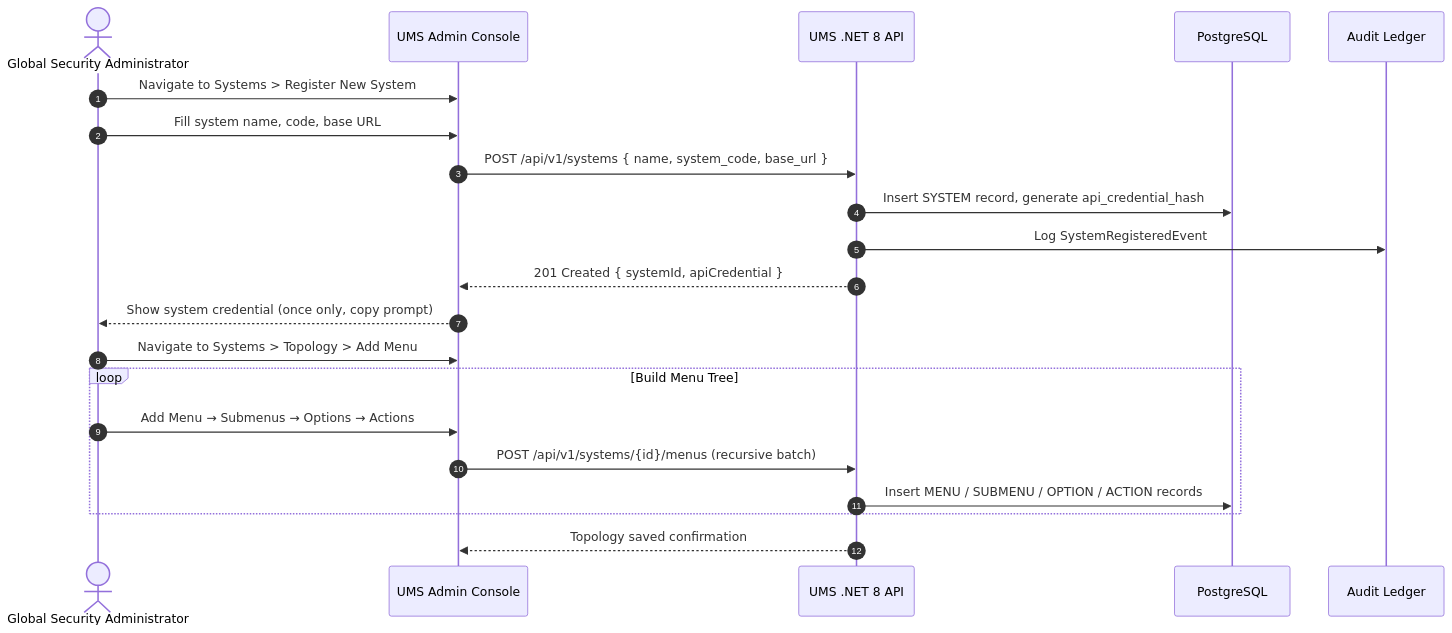
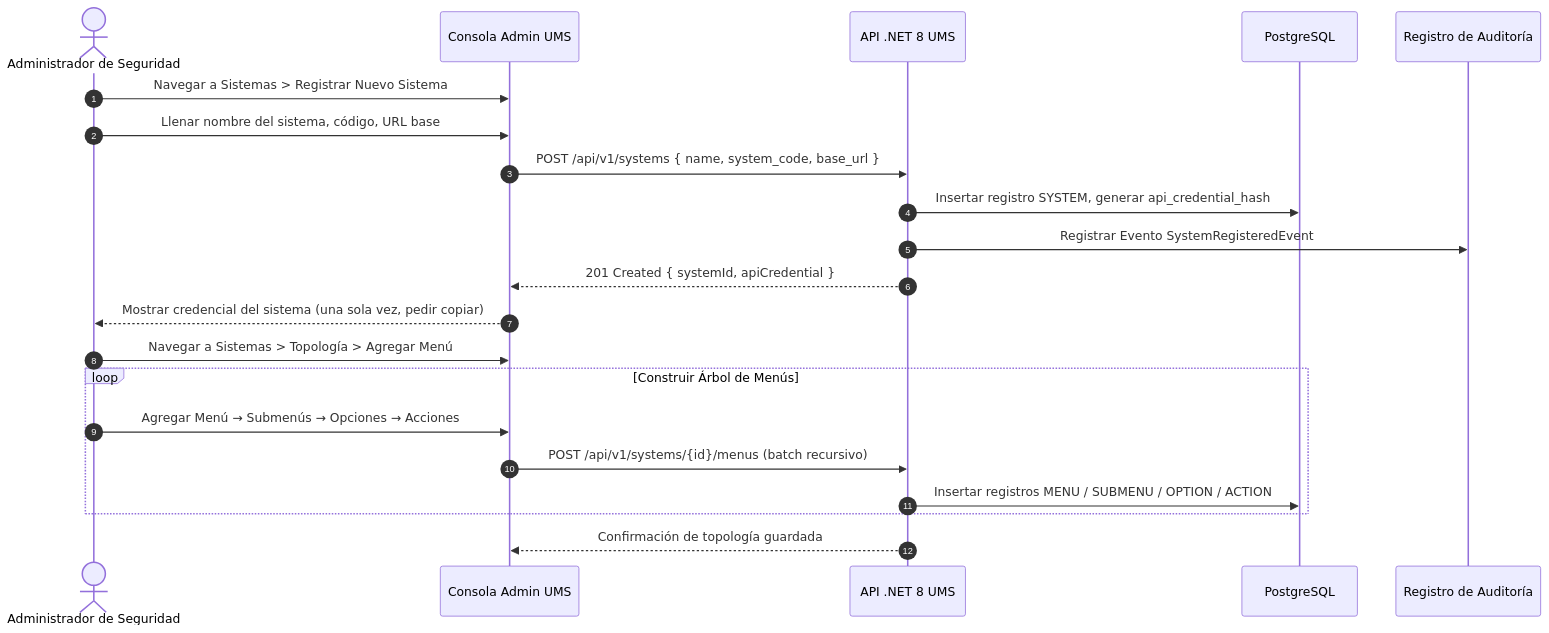
One commit to beyondnetcode/ums changed the diagram in src/ums-workspace/docs/es/01-requirements/usecases/uc-05-register-system-topology.md. Above: the diagram before and after it, drawn with Mermaid. The commit also changed other lines of this file and 6 other files, not shown here.

Commit message:
docs: complete semantic translation of UC-05 to UC-11, unifying language and diagram nodes to Spanish

````diff
--- a/src/ums-workspace/docs/es/01-requirements/usecases/uc-05-register-system-topology.md
+++ b/src/ums-workspace/docs/es/01-requirements/usecases/uc-05-register-system-topology.md
@@ -22,24 +20,24 @@
 ```mermaid
 sequenceDiagram
     autonumber
-    actor Admin as Global Security Administrator
-    participant Console as UMS Admin Console
-    participant API as UMS .NET 8 API
+    actor Admin as Administrador de Seguridad
+    participant Console as Consola Admin UMS
+    participant API as API .NET 8 UMS
     participant DB as PostgreSQL
-    participant Audit as Audit Ledger
+    participant Audit as Registro de Auditoría
 
-    Admin->>Console: Navigate to Systems > Register New System
-    Admin->>Console: Fill system name, code, base URL
+    Admin->>Console: Navegar a Sistemas > Registrar Nuevo Sistema
+    Admin->>Console: Llenar nombre del sistema, código, URL base
     Console->>API: POST /api/v1/systems { name, system_code, base_url }
-    API->>DB: Insert SYSTEM record, generate api_credential_hash
-    API->>Audit: Log SystemRegisteredEvent
+    API->>DB: Insertar registro SYSTEM, generar api_credential_hash
+    API->>Audit: Registrar Evento SystemRegisteredEvent
     API-->>Console: 201 Created { systemId, apiCredential }
-    Console-->>Admin: Show system credential (once only, copy prompt)
-    Admin->>Console: Navigate to Systems > Topology > Add Menu
-    loop Build Menu Tree
-        Admin->>Console: Add Menu → Submenus → Options → Actions
-        Console->>API: POST /api/v1/systems/{id}/menus (recursive batch)
-        API->>DB: Insert MENU / SUBMENU / OPTION / ACTION records
+    Console-->>Admin: Mostrar credencial del sistema (una sola vez, pedir copiar)
+    Admin->>Console: Navegar a Sistemas > Topología > Agregar Menú
+    loop Construir Árbol de Menús
+        Admin->>Console: Agregar Menú → Submenús → Opciones → Acciones
+        Console->>API: POST /api/v1/systems/{id}/menus (batch recursivo)
+        API->>DB: Insertar registros MENU / SUBMENU / OPTION / ACTION
     end
-    API-->>Console: Topology saved confirmation
+    API-->>Console: Confirmación de topología guardada
 ```
````
